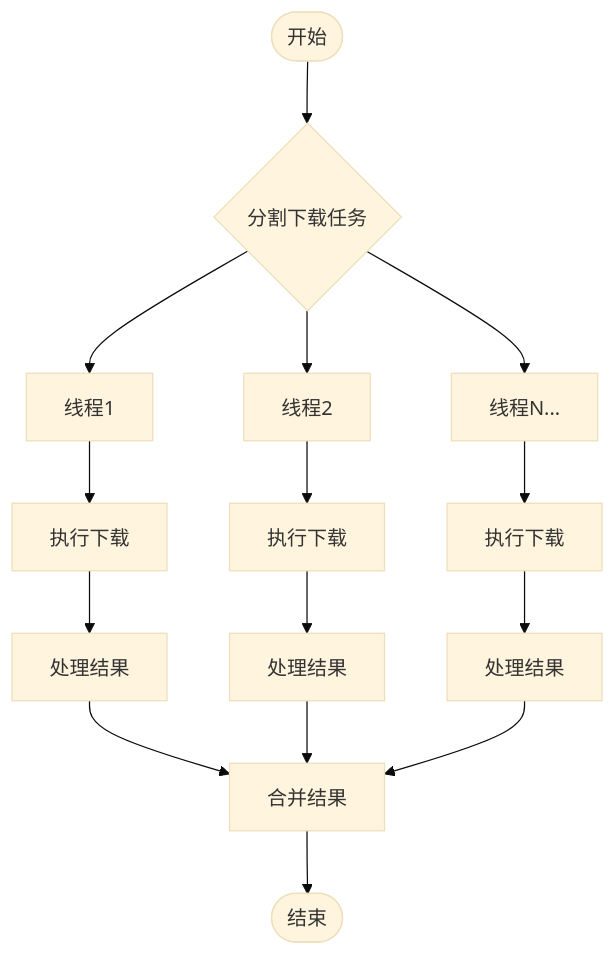
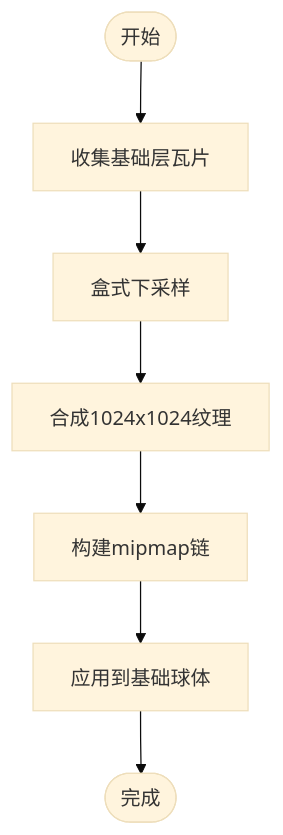
Before and after one commit to rzhangjing/cesium: the tenth of 22 diagrams in .qoder/repowiki/zh/content/核心概念/渲染管线与场景图/动态地球渲染系统.md, drawn with Mermaid (base theme). The commit also changed other lines of this file and 3 other files, not shown here.

````diff
--- a/.qoder/repowiki/zh/content/核心概念/渲染管线与场景图/动态地球渲染系统.md
+++ b/.qoder/repowiki/zh/content/核心概念/渲染管线与场景图/动态地球渲染系统.md
@@ -470,17 +490,9 @@
 ```mermaid
 flowchart TD
-Start(["开始"]) --> Split{"分割下载任务"}
-Split --> Thread1["线程1"]
-Split --> Thread2["线程2"]
-Split --> ThreadN["线程N..."]
-Thread1 --> Fetch1["执行下载"]
-Thread2 --> Fetch2["执行下载"]
-ThreadN --> FetchN["执行下载"]
-Fetch1 --> Process1["处理结果"]
-Fetch2 --> Process2["处理结果"]
-FetchN --> ProcessN["处理结果"]
-Process1 --> Merge["合并结果"]
-Process2 --> Merge
-ProcessN --> Merge
-Merge --> End(["结束"])
+Start(["开始"]) --> CollectTiles["收集基础层瓦片"]
+CollectTiles --> Downsample["盒式下采样"]
+Downsample --> Composite["合成1024x1024纹理"]
+Composite --> BuildMip["构建mipmap链"]
+BuildMip --> ApplyTexture["应用到基础球体"]
+ApplyTexture --> End(["完成"])
 ```
````
